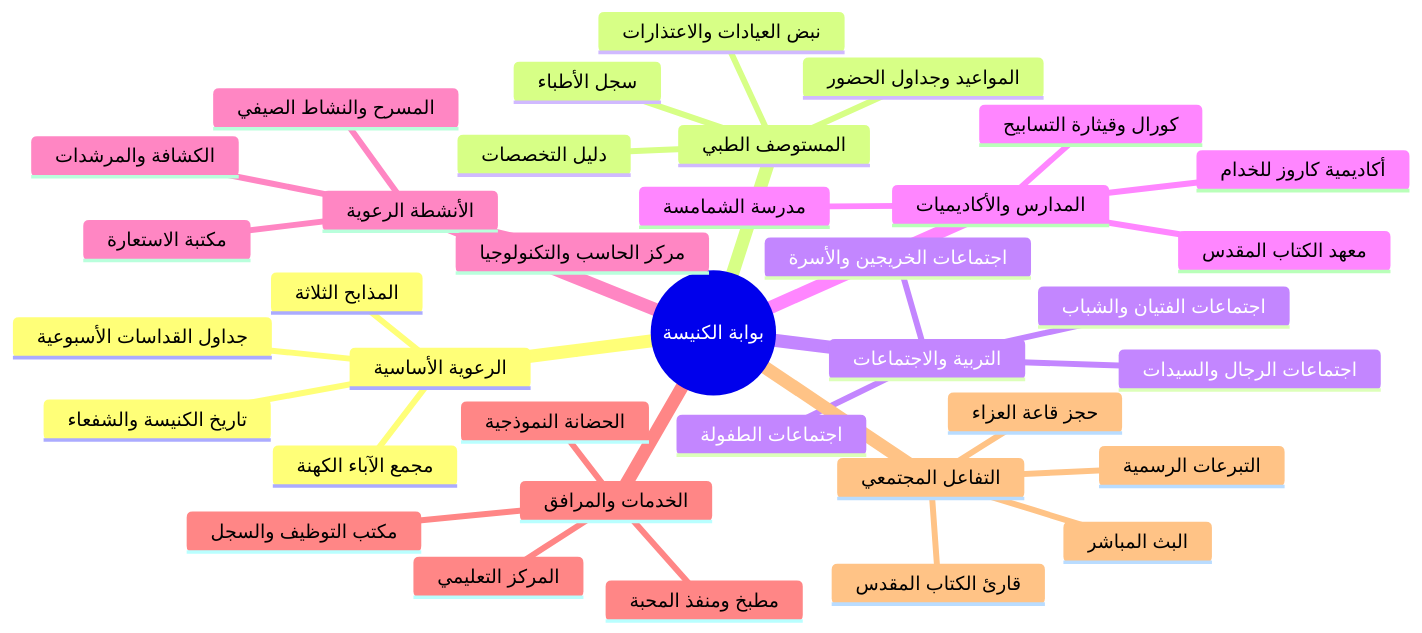
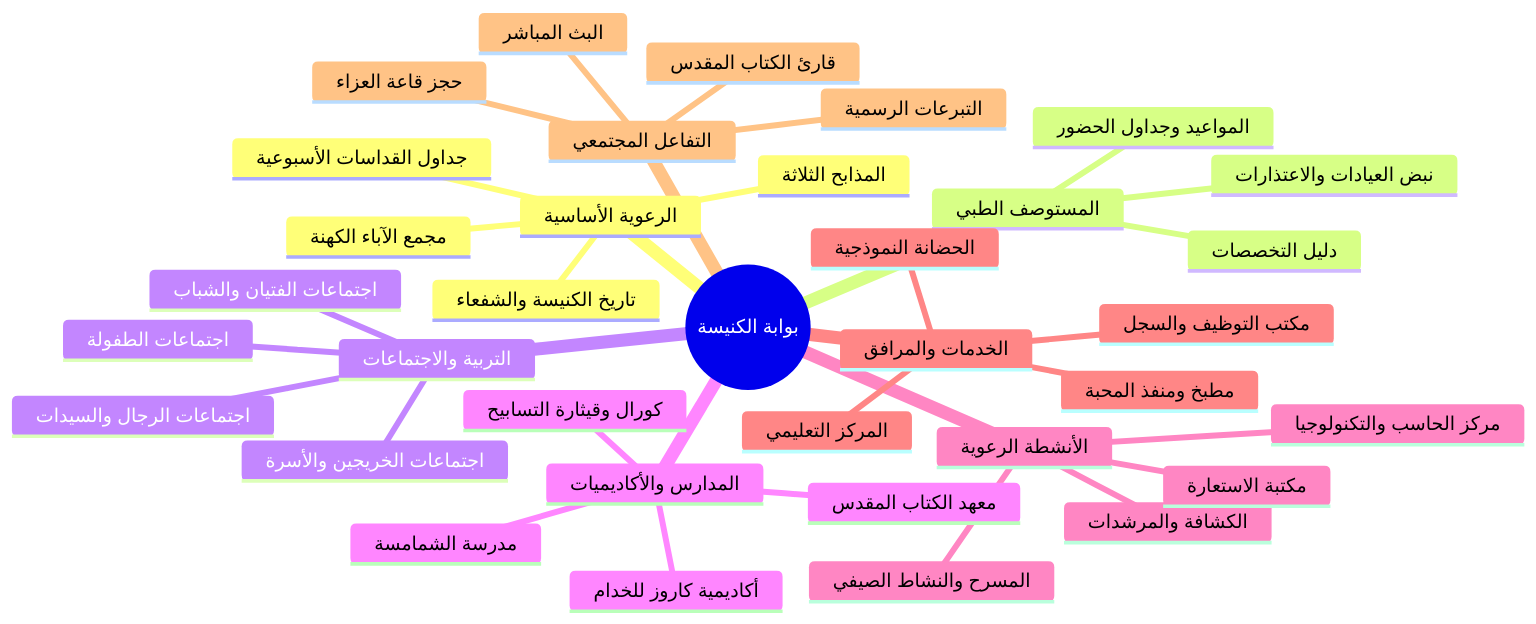
One commit to Kerollosmm/church-site changed the diagram in PRODUCT_REQUIREMENTS_DOCUMENT.md. Above: the diagram before and after it, drawn with Mermaid. The commit also changed other lines of this file and 25 other files, not shown here.

````diff
--- a/PRODUCT_REQUIREMENTS_DOCUMENT.md
+++ b/PRODUCT_REQUIREMENTS_DOCUMENT.md
@@ -63,39 +63,38 @@
 ```mermaid
 mindmap
   root((بوابة الكنيسة))
     الرعوية الأساسية
       تاريخ الكنيسة والشفعاء
       المذابح الثلاثة
       مجمع الآباء الكهنة
       جداول القداسات الأسبوعية
     المستوصف الطبي
       دليل التخصصات
-      سجل الأطباء
       المواعيد وجداول الحضور
       نبض العيادات والاعتذارات
     التربية والاجتماعات
       اجتماعات الطفولة
       اجتماعات الفتيان والشباب
       اجتماعات الخريجين والأسرة
       اجتماعات الرجال والسيدات
     المدارس والأكاديميات
       مدرسة الشمامسة
       معهد الكتاب المقدس
       أكاديمية كاروز للخدام
       كورال وقيثارة التسابيح
     الأنشطة الرعوية
       الكشافة والمرشدات
       مكتبة الاستعارة
       مركز الحاسب والتكنولوجيا
       المسرح والنشاط الصيفي
     الخدمات والمرافق
       الحضانة النموذجية
       المركز التعليمي
       مطبخ ومنفذ المحبة
       مكتب التوظيف والسجل
     التفاعل المجتمعي
       حجز قاعة العزاء
       البث المباشر
       قارئ الكتاب المقدس
       التبرعات الرسمية
 ```
````
